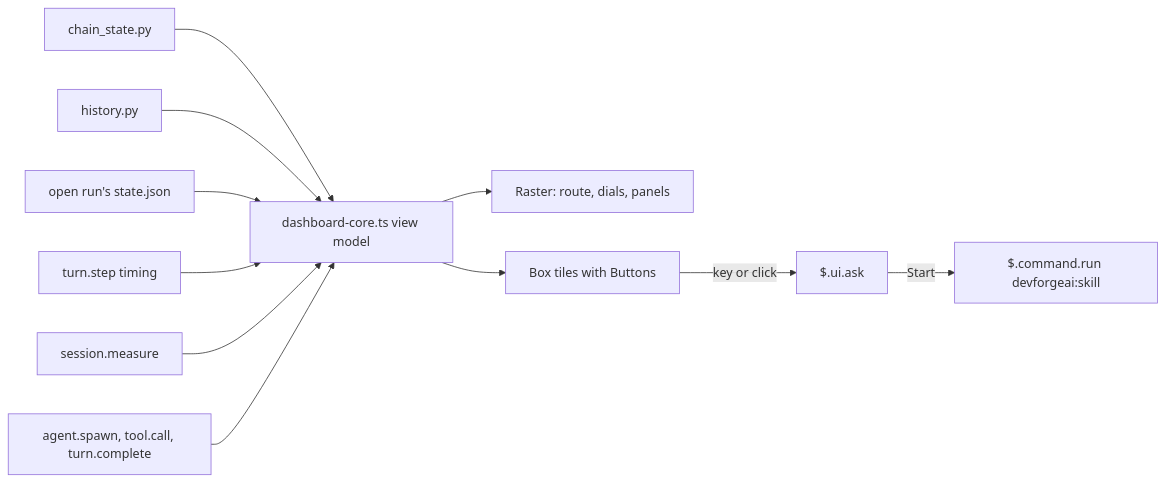
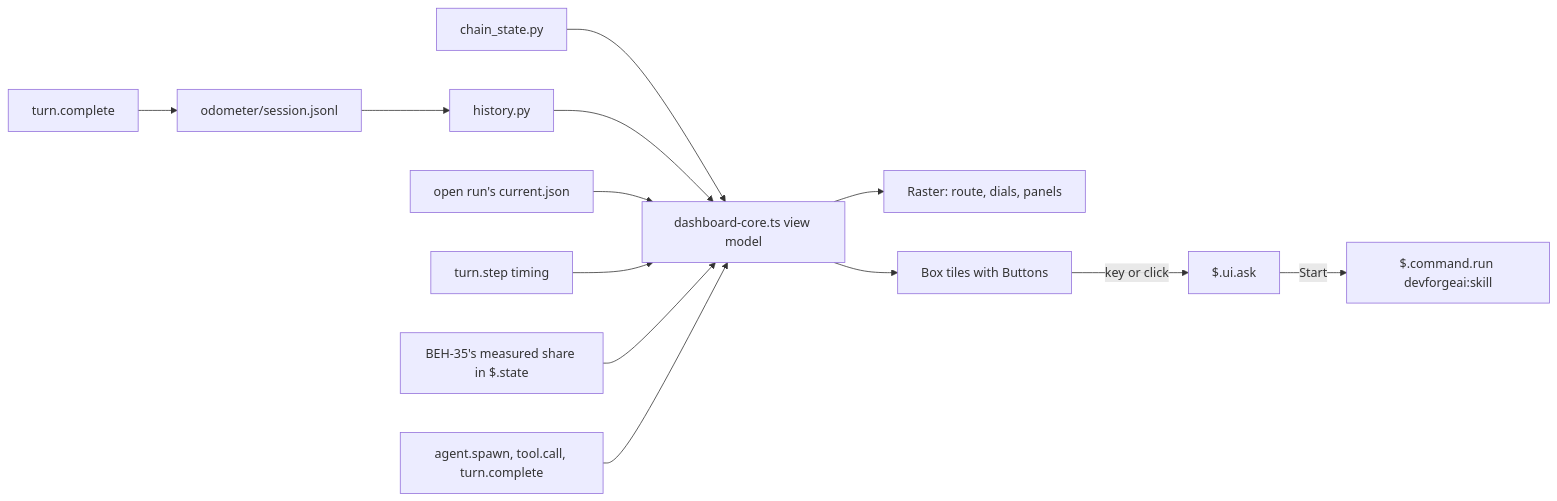
Before and after one commit to bankielewicz/DevForgeAI: the diagram in docs/specs/spec/SPEC-016.md, drawn with Mermaid. The commit also changed other lines of this file and 3 other files, not shown here.

````diff
--- a/docs/specs/spec/SPEC-016.md
+++ b/docs/specs/spec/SPEC-016.md
@@ -89,13 +111,15 @@
 ```mermaid
 flowchart LR
     CS[chain_state.py] --> VM[dashboard-core.ts view model]
     H[history.py] --> VM
-    ST[open run's state.json] --> VM
+    ST[open run's current.json] --> VM
     TS[turn.step timing] --> VM
-    SM[session.measure] --> VM
+    SM[BEH-35's measured share in $.state] --> VM
     AG[agent.spawn, tool.call, turn.complete] --> VM
     VM --> R[Raster: route, dials, panels]
     VM --> B[Box tiles with Buttons]
     B -->|key or click| Q[$.ui.ask]
     Q -->|Start| C[$.command.run devforgeai:skill]
+    TC[turn.complete] --> L[odometer/session.jsonl]
+    L --> H
 ```
````
